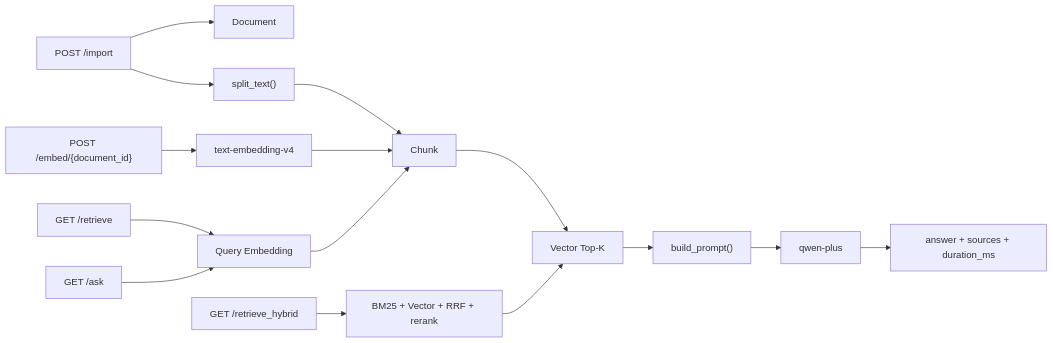
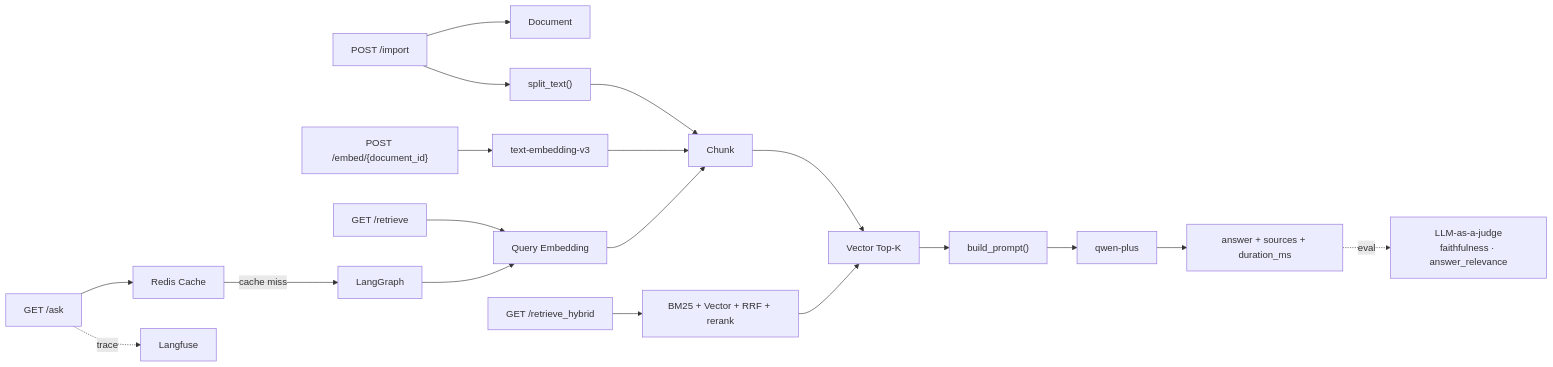
The diagram in README.md (youngjoey-ai/tracerag), drawn with Mermaid before and after one commit. The commit also changed other lines of this file and 7 other files, not shown here.

````diff
--- a/README.md
+++ b/README.md
@@ -26,17 +30,21 @@
-```mermaid
-flowchart LR
-    A["POST /import"] --> B["Document"]
-    A --> C["split_text()"]
-    C --> D["Chunk"]
-    E["POST /embed/{document_id}"] --> F["text-embedding-v4"]
-    F --> D
-    G["GET /retrieve"] --> H["Query Embedding"]
-    H --> D
-    D --> I["Vector Top-K"]
-    J["GET /retrieve_hybrid"] --> K["BM25 + Vector + RRF + rerank"]
-    K --> I
-    L["GET /ask"] --> H
-    I --> M["build_prompt()"]
-    M --> N["qwen-plus"]
-    N --> O["answer + sources + duration_ms"]
-```
+  ```mermaid
+  flowchart LR
+      A["POST /import"] --> B["Document"]
+      A --> C["split_text()"]
+      C --> D["Chunk"]
+      E["POST /embed/{document_id}"] --> F["text-embedding-v3"]
+      F --> D
+      G["GET /retrieve"] --> H["Query Embedding"]
+      H --> D
+      D --> I["Vector Top-K"]
+      J["GET /retrieve_hybrid"] --> K["BM25 + Vector + RRF + rerank"]
+      K --> I
+      L["GET /ask"] --> M["Redis Cache"]
+      M -->|cache miss| N["LangGraph"]
+      N --> H
+      I --> O["build_prompt()"]
+      O --> P["qwen-plus"]
+      P --> Q["answer + sources + duration_ms"]
+      L -.->|trace| R["Langfuse"]
+      Q -.->|eval| S["LLM-as-a-judge\nfaithfulness · answer_relevance"]
+  ```
````
